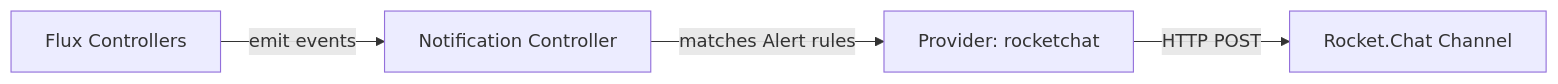
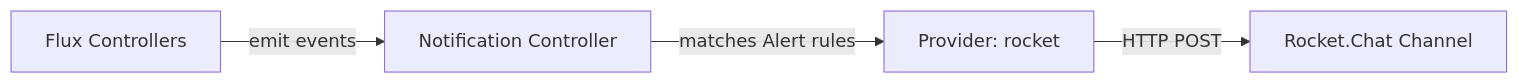
One commit to OneUptime/blog changed the diagram in posts/2026-03-05-flux-notification-provider-rocketchat/README.md. Above: the diagram before and after it, drawn with Mermaid. The commit also changed other lines of this file and 2 other files, not shown here.

Commit message:
validate: 2026-03-05-flux-notification-provider-rocketchat

````diff
--- a/posts/2026-03-05-flux-notification-provider-rocketchat/README.md
+++ b/posts/2026-03-05-flux-notification-provider-rocketchat/README.md
@@ -132,6 +134,6 @@
 ```mermaid
 graph LR
     A[Flux Controllers] -->|emit events| B[Notification Controller]
-    B -->|matches Alert rules| C[Provider: rocketchat]
+    B -->|matches Alert rules| C[Provider: rocket]
     C -->|HTTP POST| D[Rocket.Chat Channel]
 ```
````
